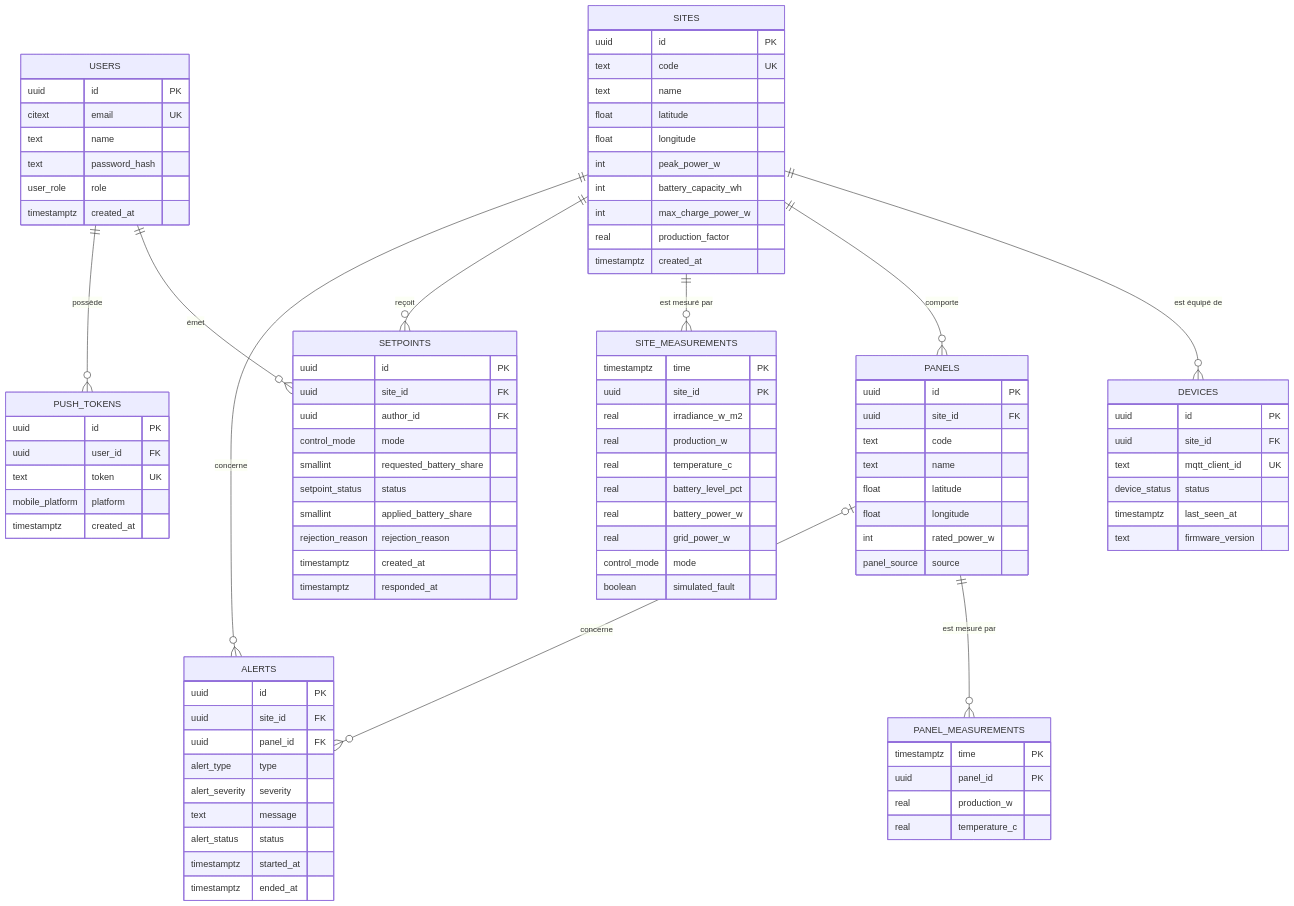
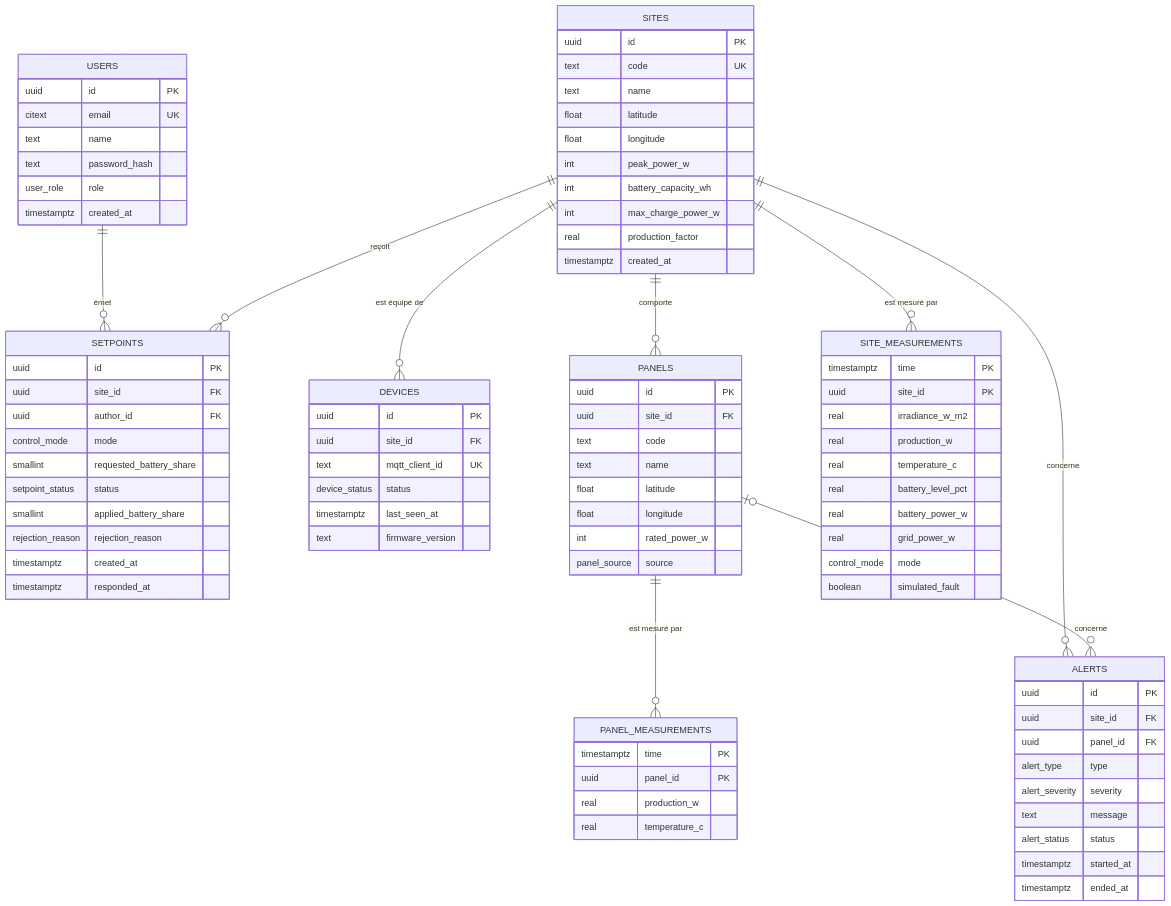
One commit to SamuelLnds/proj-app-mobile-co changed the diagram in docs/conception/01-modele-donnees.md. Above: the diagram before and after it, drawn with Mermaid. The commit also changed other lines of this file and 5 other files, not shown here.

````diff
--- a/docs/conception/01-modele-donnees.md
+++ b/docs/conception/01-modele-donnees.md
@@ -46,7 +45,6 @@
 ```mermaid
 erDiagram
   USERS ||--o{ SETPOINTS : "émet"
-  USERS ||--o{ PUSH_TOKENS : "possède"
   SITES ||--o{ DEVICES : "est équipé de"
   SITES ||--o{ PANELS : "comporte"
   SITES ||--o{ SITE_MEASUREMENTS : "est mesuré par"
@@ -61,13 +59,6 @@
     text name
     text password_hash
     user_role role
-    timestamptz created_at
-  }
-  PUSH_TOKENS {
-    uuid id PK
-    uuid user_id FK
-    text token UK
-    mobile_platform platform
     timestamptz created_at
   }
   SITES {
````
